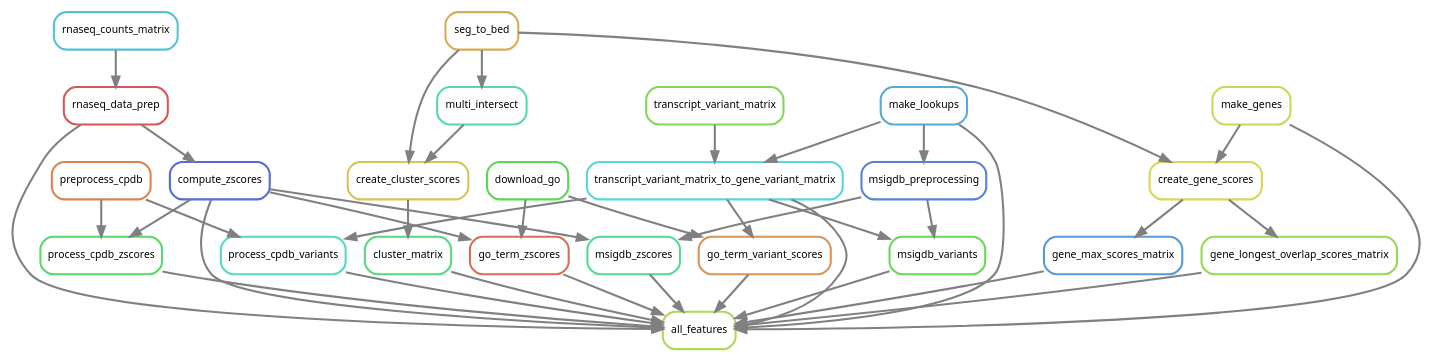
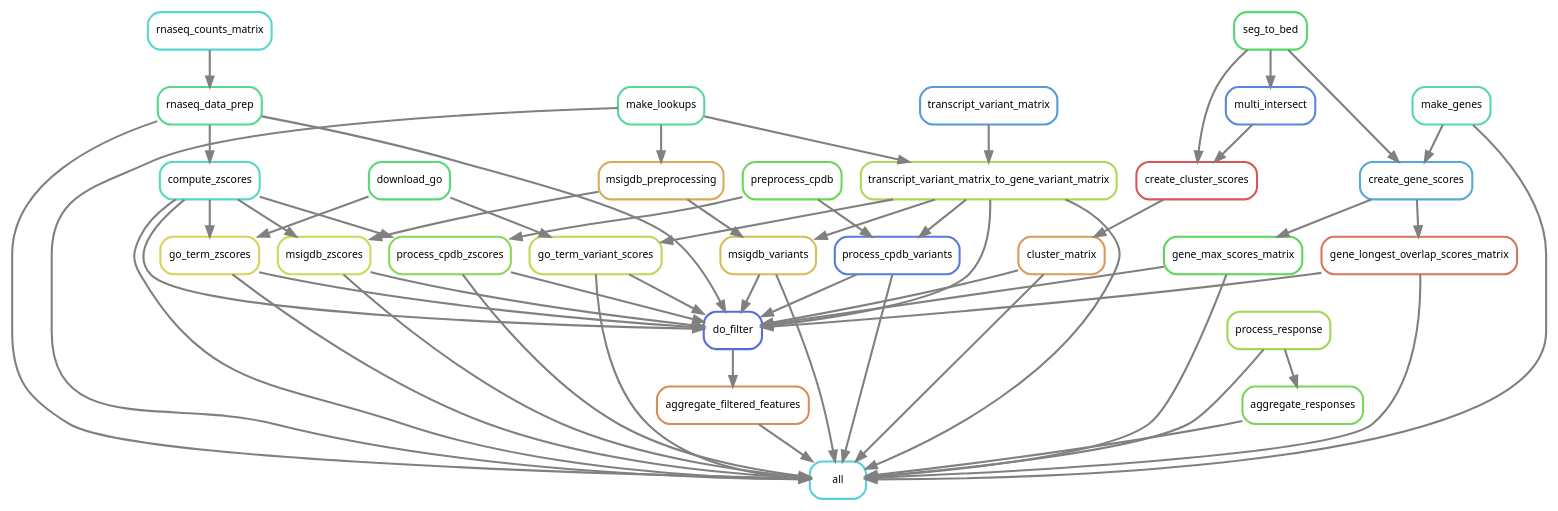
One commit to NCBI-Hackathons/Pharmacogenomics_Prediction_Pipeline_P3 changed the diagram in doc/source/images/all.dot. Above: the diagram before and after it, drawn with Graphviz. The commit also changed 25 other files, not shown here.

```diff
--- a/doc/source/images/all.dot
+++ b/doc/source/images/all.dot
@@ -1,68 +1,89 @@
 digraph snakemake_dag {
     graph[bgcolor=white, margin=0];
     node[shape=box, style=rounded, fontname=sans,                 fontsize=10, penwidth=2];
     edge[penwidth=2, color=grey];
-	0[label = "rnaseq_data_prep", color = "0.00 0.6 0.85", style="rounded"];
-	1[label = "process_cpdb_zscores", color = "0.36 0.6 0.85", style="rounded"];
-	2[label = "seg_to_bed", color = "0.11 0.6 0.85", style="rounded"];
-	3[label = "go_term_zscores", color = "0.03 0.6 0.85", style="rounded"];
-	4[label = "go_term_variant_scores", color = "0.08 0.6 0.85", style="rounded"];
-	5[label = "create_cluster_scores", color = "0.14 0.6 0.85", style="rounded"];
-	6[label = "cluster_matrix", color = "0.39 0.6 0.85", style="rounded"];
-	7[label = "msigdb_zscores", color = "0.42 0.6 0.85", style="rounded"];
-	8[label = "multi_intersect", color = "0.44 0.6 0.85", style="rounded"];
-	9[label = "create_gene_scores", color = "0.17 0.6 0.85", style="rounded"];
-	10[label = "rnaseq_counts_matrix", color = "0.53 0.6 0.85", style="rounded"];
-	11[label = "process_cpdb_variants", color = "0.47 0.6 0.85", style="rounded"];
-	12[label = "make_genes", color = "0.19 0.6 0.85", style="rounded"];
-	13[label = "transcript_variant_matrix_to_gene_variant_matrix", color = "0.50 0.6 0.85", style="rounded"];
-	14[label = "all_features", color = "0.22 0.6 0.85", style="rounded"];
-	15[label = "gene_longest_overlap_scores_matrix", color = "0.25 0.6 0.85", style="rounded"];
-	16[label = "make_lookups", color = "0.56 0.6 0.85", style="rounded"];
-	17[label = "gene_max_scores_matrix", color = "0.58 0.6 0.85", style="rounded"];
-	18[label = "transcript_variant_matrix", color = "0.28 0.6 0.85", style="rounded"];
-	19[label = "compute_zscores", color = "0.64 0.6 0.85", style="rounded"];
-	20[label = "msigdb_preprocessing", color = "0.61 0.6 0.85", style="rounded"];
-	21[label = "msigdb_variants", color = "0.31 0.6 0.85", style="rounded"];
-	22[label = "preprocess_cpdb", color = "0.06 0.6 0.85", style="rounded"];
-	23[label = "download_go", color = "0.33 0.6 0.85", style="rounded"];
-	10 -> 0
-	22 -> 1
-	19 -> 1
-	19 -> 3
-	23 -> 3
-	13 -> 4
-	23 -> 4
-	2 -> 5
-	8 -> 5
-	5 -> 6
-	20 -> 7
-	19 -> 7
-	2 -> 8
-	12 -> 9
-	2 -> 9
-	22 -> 11
-	13 -> 11
-	16 -> 13
-	18 -> 13
-	0 -> 14
-	1 -> 14
-	15 -> 14
-	16 -> 14
+	0[label = "aggregate_filtered_features", color = "0.07 0.6 0.85", style="rounded"];
+	1[label = "gene_longest_overlap_scores_matrix", color = "0.04 0.6 0.85", style="rounded"];
+	2[label = "gene_max_scores_matrix", color = "0.33 0.6 0.85", style="rounded"];
+	3[label = "create_cluster_scores", color = "0.00 0.6 0.85", style="rounded"];
+	4[label = "download_go", color = "0.38 0.6 0.85", style="rounded"];
+	5[label = "rnaseq_data_prep", color = "0.40 0.6 0.85", style="rounded"];
+	6[label = "make_lookups", color = "0.42 0.6 0.85", style="rounded"];
+	7[label = "make_genes", color = "0.44 0.6 0.85", style="rounded"];
+	8[label = "compute_zscores", color = "0.47 0.6 0.85", style="rounded"];
+	9[label = "msigdb_preprocessing", color = "0.11 0.6 0.85", style="rounded"];
+	10[label = "msigdb_variants", color = "0.13 0.6 0.85", style="rounded"];
+	11[label = "rnaseq_counts_matrix", color = "0.49 0.6 0.85", style="rounded"];
+	12[label = "go_term_zscores", color = "0.16 0.6 0.85", style="rounded"];
+	13[label = "msigdb_zscores", color = "0.18 0.6 0.85", style="rounded"];
+	14[label = "cluster_matrix", color = "0.09 0.6 0.85", style="rounded"];
+	15[label = "go_term_variant_scores", color = "0.20 0.6 0.85", style="rounded"];
+	16[label = "create_gene_scores", color = "0.56 0.6 0.85", style="rounded"];
+	17[label = "transcript_variant_matrix", color = "0.58 0.6 0.85", style="rounded"];
+	18[label = "transcript_variant_matrix_to_gene_variant_matrix", color = "0.22 0.6 0.85", style="rounded"];
+	19[label = "process_response", color = "0.24 0.6 0.85", style="rounded"];
+	20[label = "multi_intersect", color = "0.60 0.6 0.85", style="rounded"];
+	21[label = "process_cpdb_zscores", color = "0.27 0.6 0.85", style="rounded"];
+	22[label = "seg_to_bed", color = "0.36 0.6 0.85", style="rounded"];
+	23[label = "aggregate_responses", color = "0.29 0.6 0.85", style="rounded"];
+	24[label = "all", color = "0.51 0.6 0.85", style="rounded"];
+	25[label = "process_cpdb_variants", color = "0.62 0.6 0.85", style="rounded"];
+	26[label = "preprocess_cpdb", color = "0.31 0.6 0.85", style="rounded"];
+	27[label = "do_filter", color = "0.64 0.6 0.85", style="rounded"];
+	27 -> 0
+	16 -> 1
+	16 -> 2
+	22 -> 3
+	20 -> 3
+	11 -> 5
+	5 -> 8
+	6 -> 9
+	18 -> 10
+	9 -> 10
+	8 -> 12
+	4 -> 12
+	8 -> 13
+	9 -> 13
 	3 -> 14
-	17 -> 14
-	4 -> 14
-	6 -> 14
-	7 -> 14
-	21 -> 14
-	11 -> 14
-	12 -> 14
-	19 -> 14
-	13 -> 14
-	9 -> 15
-	9 -> 17
-	0 -> 19
-	16 -> 20
-	20 -> 21
-	13 -> 21
+	18 -> 15
+	4 -> 15
+	22 -> 16
+	7 -> 16
+	17 -> 18
+	6 -> 18
+	22 -> 20
+	8 -> 21
+	26 -> 21
+	19 -> 23
+	0 -> 24
+	21 -> 24
+	1 -> 24
+	2 -> 24
+	18 -> 24
+	19 -> 24
+	6 -> 24
+	5 -> 24
+	14 -> 24
+	7 -> 24
+	8 -> 24
+	10 -> 24
+	23 -> 24
+	13 -> 24
+	25 -> 24
+	12 -> 24
+	15 -> 24
+	18 -> 25
+	26 -> 25
+	1 -> 27
+	2 -> 27
+	18 -> 27
+	5 -> 27
+	14 -> 27
+	21 -> 27
+	8 -> 27
+	10 -> 27
+	12 -> 27
+	25 -> 27
+	13 -> 27
+	15 -> 27
 }            
```
